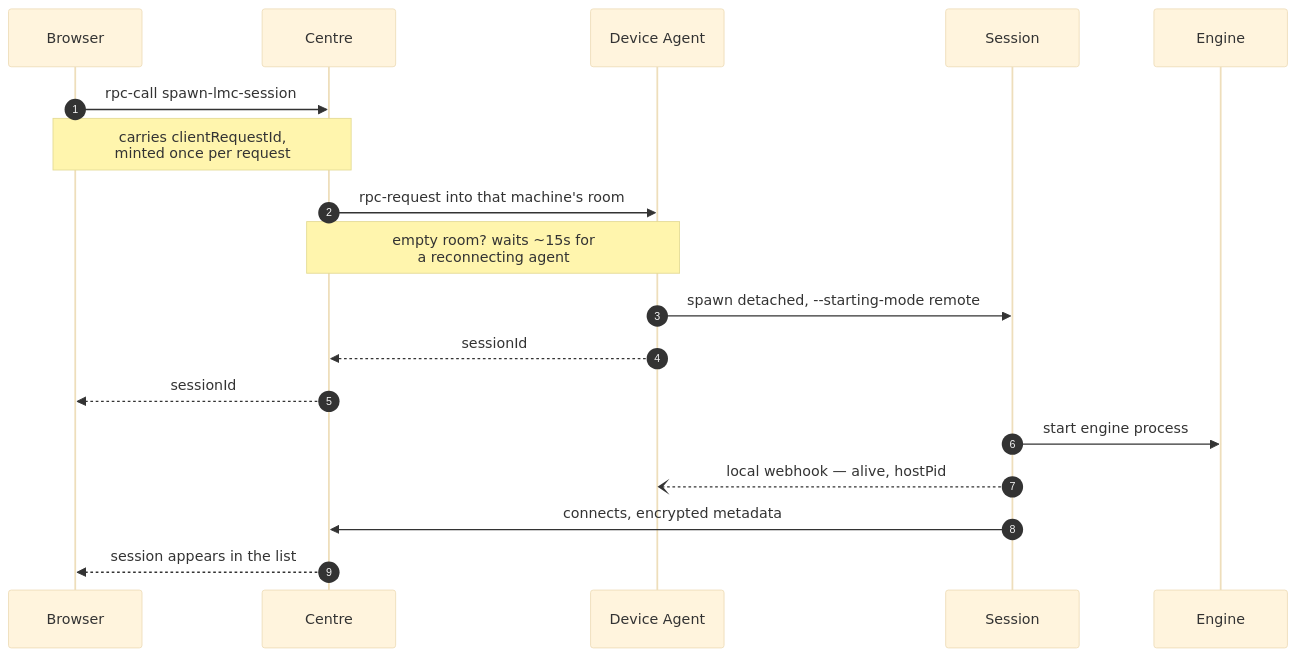
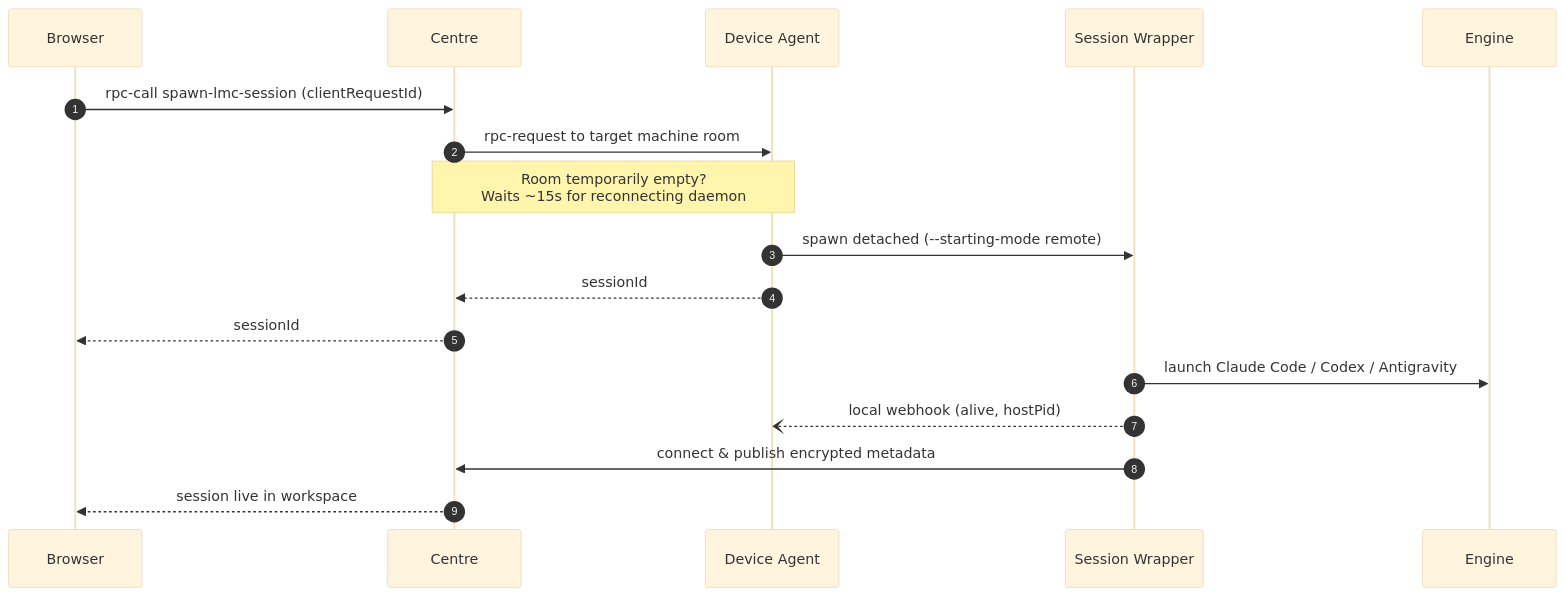
Before and after one commit to MoeAisaka/lmc-workspace: the second of 3 diagrams in README.md, drawn with Mermaid (base theme). The commit also changed other lines of this file and 4 other files, not shown here.

Commit message:
docs: rewrite README and Chinese README for current multi-engine & multi-account workspace

````diff
--- a/README.md
+++ b/README.md
@@ -87,21 +69,20 @@
 ```mermaid
 sequenceDiagram
     autonumber
     participant B as Browser
     participant C as Centre
     participant D as Device Agent
-    participant S as Session
+    participant S as Session Wrapper
     participant E as Engine
 
-    B->>C: rpc-call spawn-lmc-session
-    Note over B,C: carries clientRequestId,<br/>minted once per request
-    C->>D: rpc-request into that machine's room
-    Note over C,D: empty room? waits ~15s for<br/>a reconnecting agent
-    D->>S: spawn detached, --starting-mode remote
+    B->>C: rpc-call spawn-lmc-session (clientRequestId)
+    C->>D: rpc-request to target machine room
+    Note over C,D: Room temporarily empty?<br/>Waits ~15s for reconnecting daemon
+    D->>S: spawn detached (--starting-mode remote)
     D-->>C: sessionId
     C-->>B: sessionId
-    S->>E: start engine process
-    S--)D: local webhook — alive, hostPid
-    S->>C: connects, encrypted metadata
-    C-->>B: session appears in the list
+    S->>E: launch Claude Code / Codex / Antigravity
+    S--)D: local webhook (alive, hostPid)
+    S->>C: connect & publish encrypted metadata
+    C-->>B: session live in workspace
 ```
````
